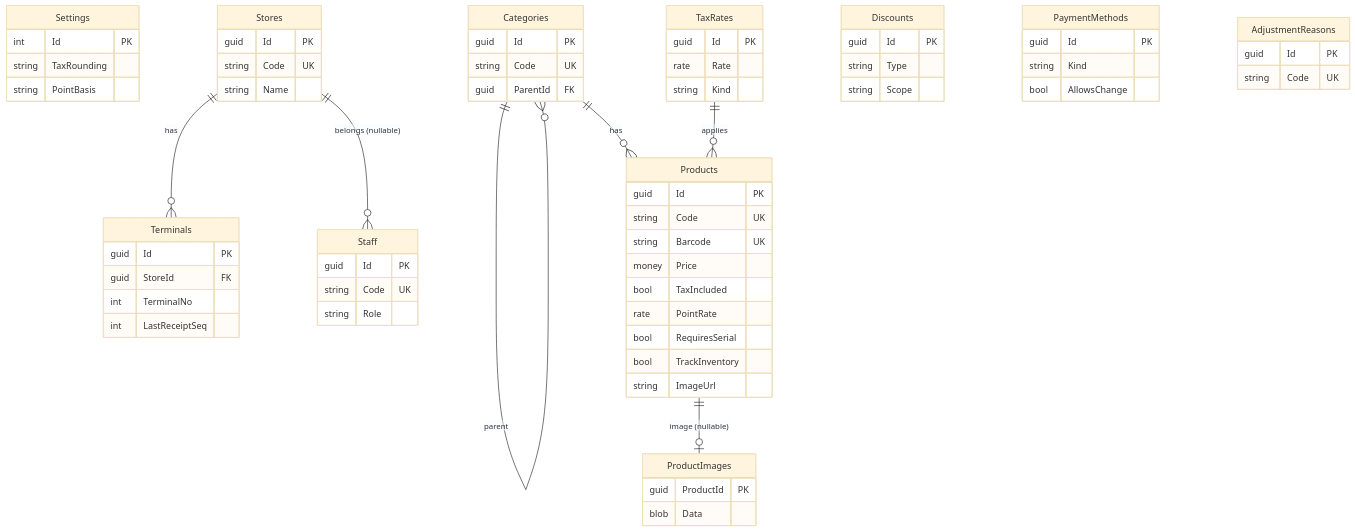
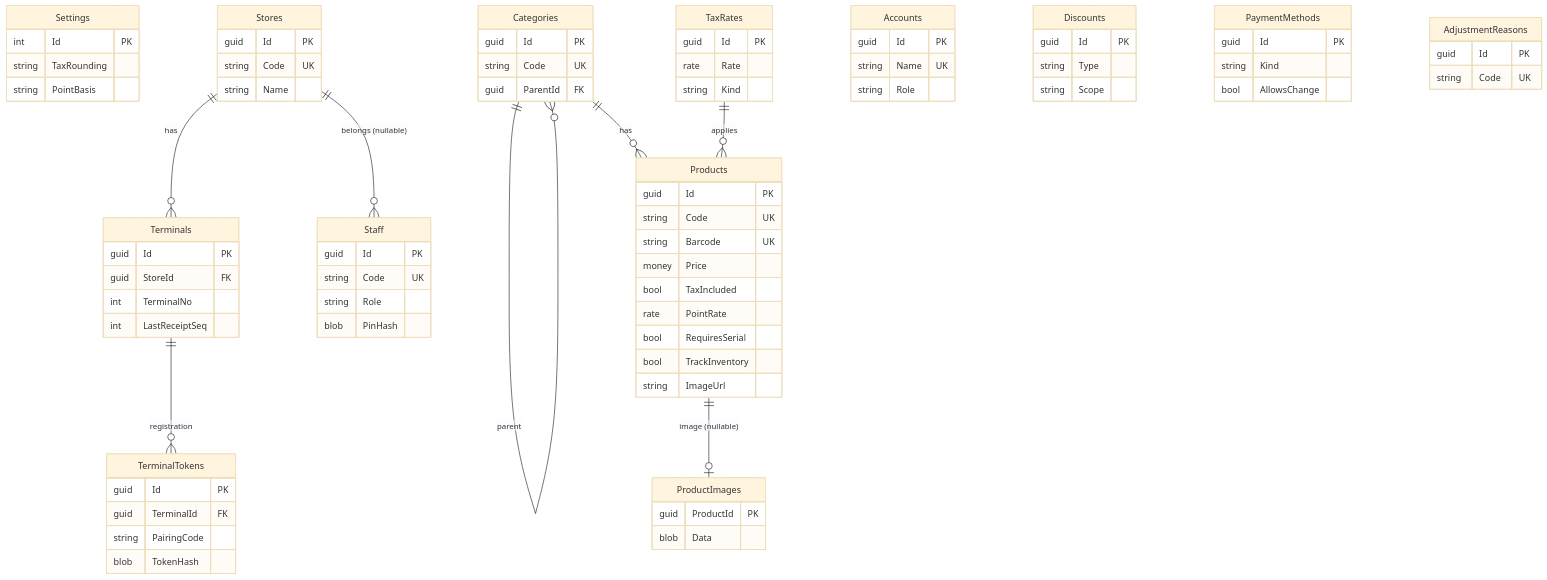
Before and after one commit to usausa/example-maui-pos: the first of 3 diagrams in docs/db-design.md, drawn with Mermaid (base theme). The commit also changed other lines of this file and 198 other files, not shown here.

````diff
--- a/docs/db-design.md
+++ b/docs/db-design.md
@@ -52,69 +52,82 @@
 ```mermaid
 erDiagram
     Settings {
         int Id PK
         string TaxRounding
         string PointBasis
     }
     Stores ||--o{ Terminals : has
     Stores ||--o{ Staff : "belongs (nullable)"
     Categories ||--o{ Categories : parent
     Categories ||--o{ Products : has
     TaxRates ||--o{ Products : applies
     Products ||--o| ProductImages : "image (nullable)"
+    Terminals ||--o{ TerminalTokens : "registration"
     Stores {
         guid Id PK
         string Code UK
         string Name
     }
     Terminals {
         guid Id PK
         guid StoreId FK
         int TerminalNo
         int LastReceiptSeq
     }
     Staff {
         guid Id PK
         string Code UK
+        string Role
+        blob PinHash
+    }
+    TerminalTokens {
+        guid Id PK
+        guid TerminalId FK
+        string PairingCode
+        blob TokenHash
+    }
+    Accounts {
+        guid Id PK
+        string Name UK
         string Role
     }
     Categories {
         guid Id PK
         string Code UK
         guid ParentId FK
     }
     TaxRates {
         guid Id PK
         rate Rate
         string Kind
     }
     Products {
         guid Id PK
         string Code UK
         string Barcode UK
         money Price
         bool TaxIncluded
         rate PointRate
         bool RequiresSerial
         bool TrackInventory
         string ImageUrl
     }
     ProductImages {
         guid ProductId PK
         blob Data
     }
     Discounts {
         guid Id PK
         string Type
         string Scope
     }
     PaymentMethods {
         guid Id PK
         string Kind
         bool AllowsChange
     }
     AdjustmentReasons {
         guid Id PK
         string Code UK
     }
 ```
````
